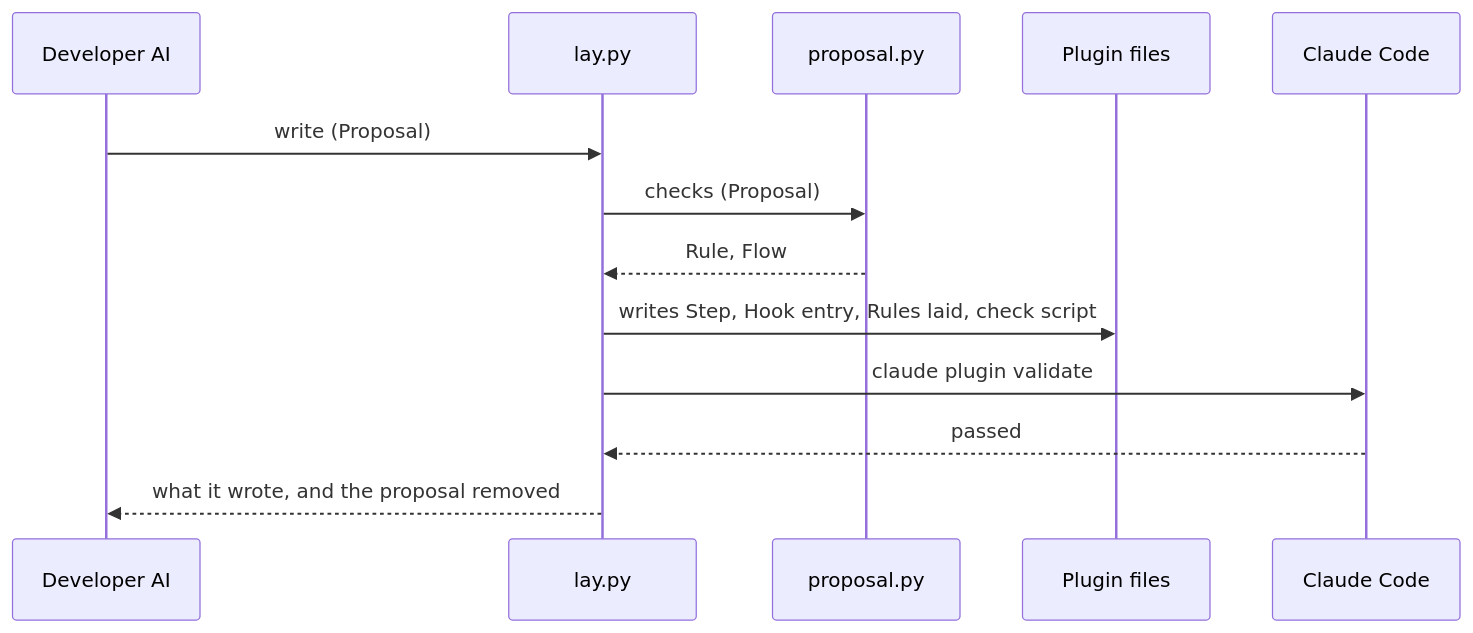
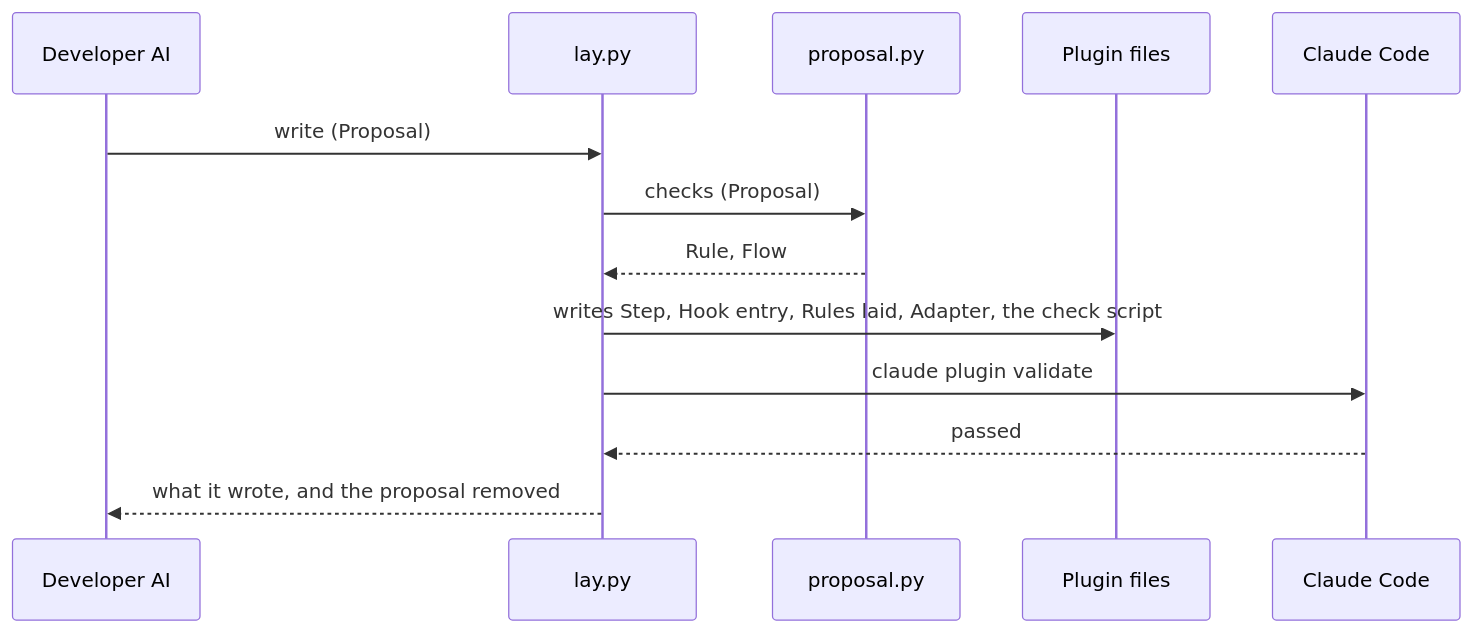
Before and after one commit to lovaizu/ccpm: the second of 4 diagrams in dev/lane/architecture.md, drawn with Mermaid. The commit also changed other lines of this file and 3 other files, not shown here.

First line of the commit message:
lane's architecture made again by architecture's best practice from the new UX and README: no stop on either run's main path, as flow.md and the code have it; the shared principles Lane follows named by number; the code's names mapped once to the UX's

````diff
--- a/dev/lane/architecture.md
+++ b/dev/lane/architecture.md
@@ -134,15 +149,15 @@
 ```mermaid
 sequenceDiagram
   participant DA as Developer AI
   participant L as lay.py
   participant P as proposal.py
   participant PF as Plugin files
   participant CC as Claude Code
   DA->>L: write (Proposal)
   L->>P: checks (Proposal)
   P-->>L: Rule, Flow
-  L->>PF: writes Step, Hook entry, Rules laid, check script
+  L->>PF: writes Step, Hook entry, Rules laid, Adapter, the check script
   L->>CC: claude plugin validate
   CC-->>L: passed
   L-->>DA: what it wrote, and the proposal removed
 ```
````
